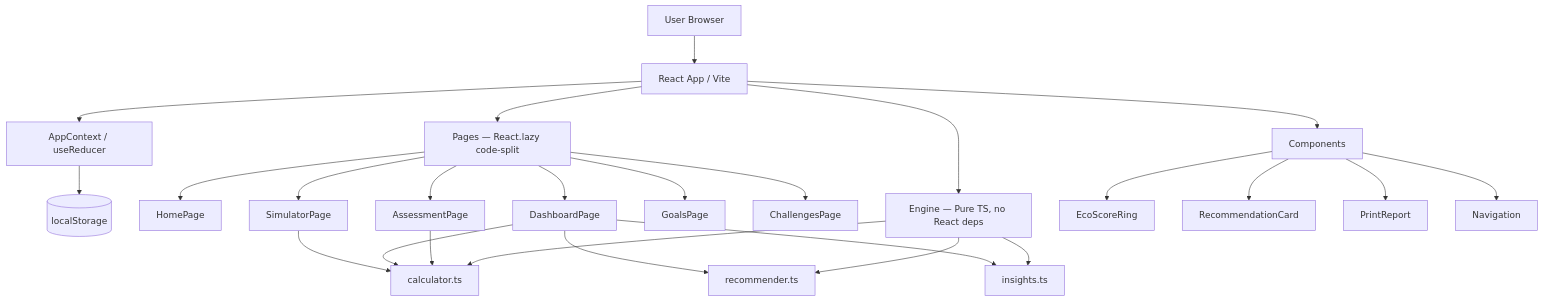
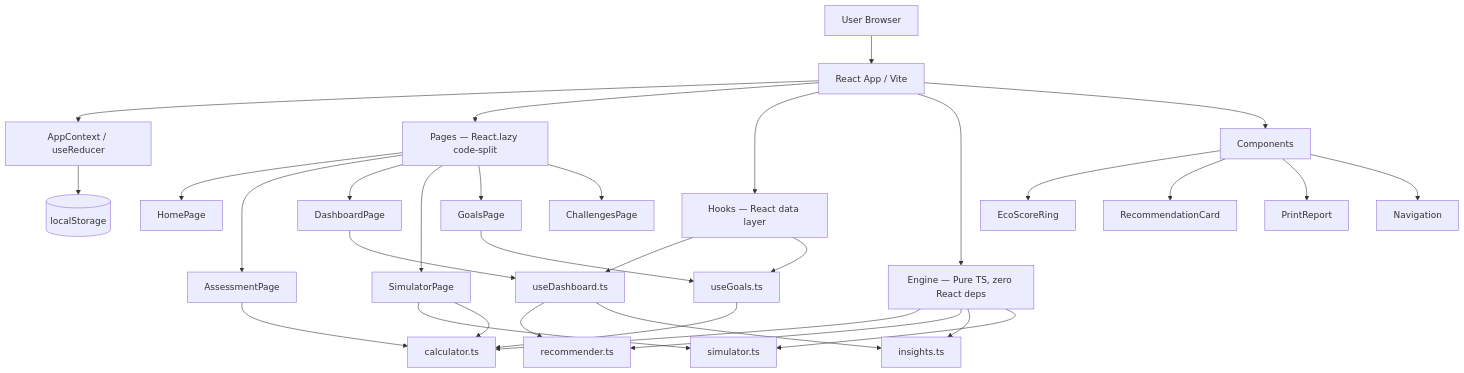
One commit to Mohammed0Arfath/CarbFoot changed the diagram in README.md. Above: the diagram before and after it, drawn with Mermaid. The commit also changed 9 other files, not shown here.

````diff
--- a/README.md
+++ b/README.md
@@ -50,31 +50,39 @@
 ```mermaid
 graph TD
     A[User Browser] --> B[React App / Vite]
     B --> C[AppContext / useReducer]
     C --> D[(localStorage)]
 
     B --> E[Pages — React.lazy code-split]
     E --> E1[HomePage]
     E --> E2[AssessmentPage]
     E --> E3[DashboardPage]
     E --> E4[SimulatorPage]
     E --> E5[GoalsPage]
     E --> E6[ChallengesPage]
 
-    B --> F[Engine — Pure TS, no React deps]
+    B --> H[Hooks — React data layer]
+    H --> H1[useDashboard.ts]
+    H --> H2[useGoals.ts]
+
+    B --> F[Engine — Pure TS, zero React deps]
     F --> F1[calculator.ts]
     F --> F2[recommender.ts]
     F --> F3[insights.ts]
+    F --> F4[simulator.ts]
 
+    E3 --> H1
+    E5 --> H2
+    H1 --> F2
+    H1 --> F3
+    H2 --> F1
     E2 --> F1
-    E3 --> F1
-    E3 --> F2
-    E3 --> F3
+    E4 --> F4
     E4 --> F1
 
     B --> G[Components]
     G --> G1[EcoScoreRing]
     G --> G2[RecommendationCard]
     G --> G3[PrintReport]
     G --> G4[Navigation]
 ```
````
